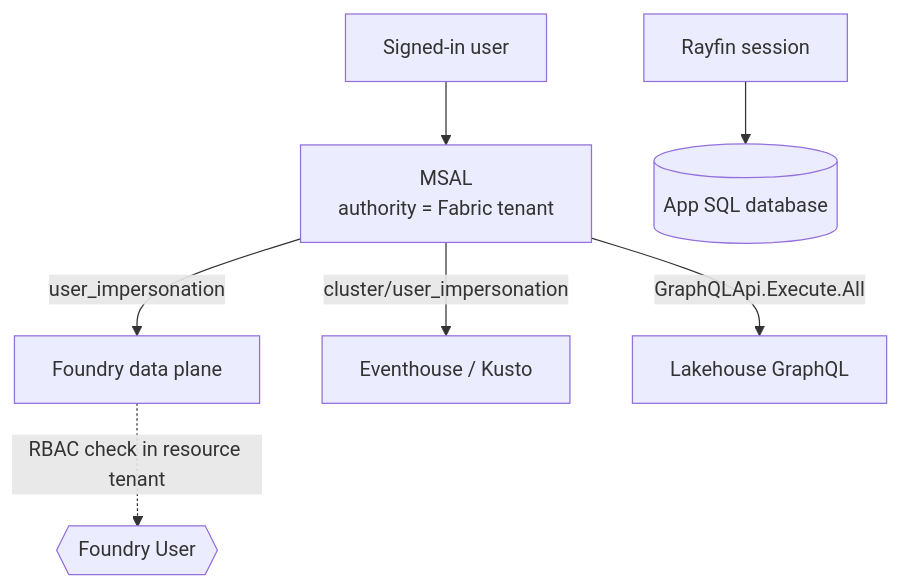
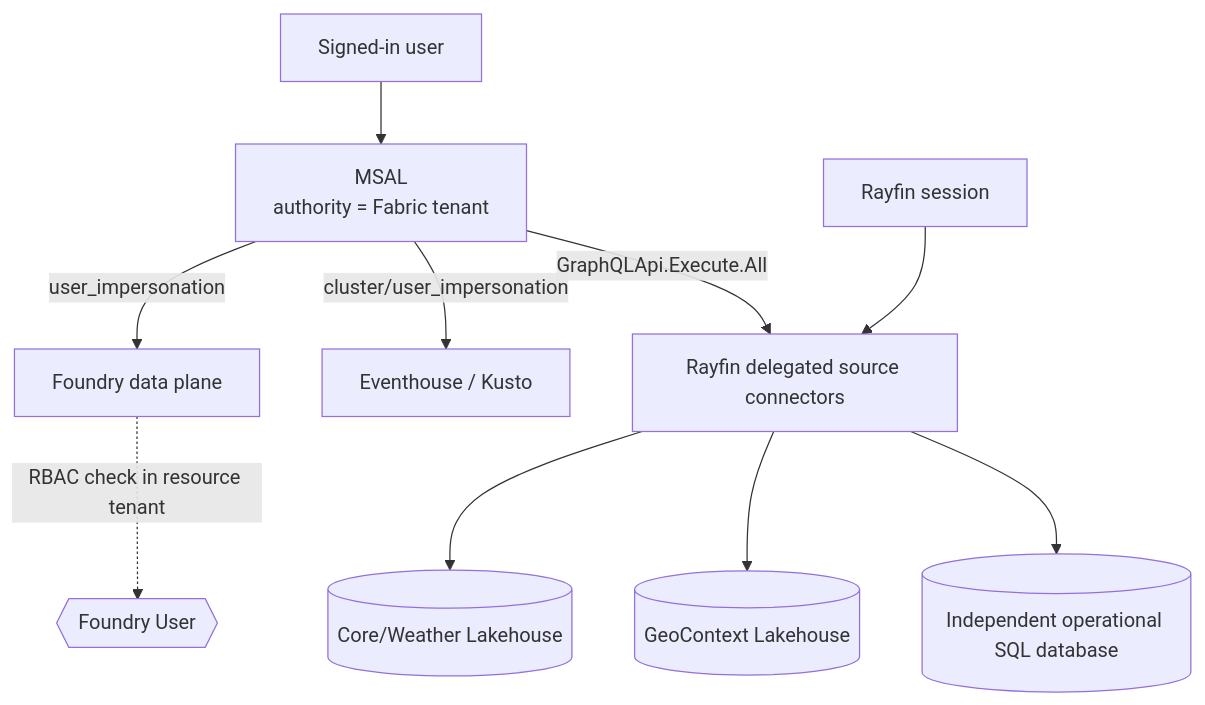
The first of 2 diagrams in docs/foundry-copilot.md (dibakardharchoudhury/FabricIQAppsDEMO), drawn with Mermaid before and after one commit. The commit also changed other lines of this file and 31 other files, not shown here.

First line of the commit message:
Route GeoContext through a dedicated Rayfin Lakehouse connector

````diff
--- a/docs/foundry-copilot.md
+++ b/docs/foundry-copilot.md
@@ -371,9 +371,12 @@
 ```mermaid
 flowchart TD
   U[Signed-in user] --> M[MSAL<br/>authority = Fabric tenant]
   M -->|user_impersonation| F[Foundry data plane]
   M -->|cluster/user_impersonation| K[Eventhouse / Kusto]
-  M -->|GraphQLApi.Execute.All| G[Lakehouse GraphQL]
-  R[Rayfin session] --> S[(App SQL database)]
+  M -->|GraphQLApi.Execute.All| G[Rayfin delegated source connectors]
+  R[Rayfin session] --> G
+  G --> L[(Core/Weather Lakehouse)]
+  G --> E[(GeoContext Lakehouse)]
+  G --> S[(Independent operational SQL database)]
   F -.->|RBAC check in resource tenant| RB{{Foundry User}}
 ```
````
